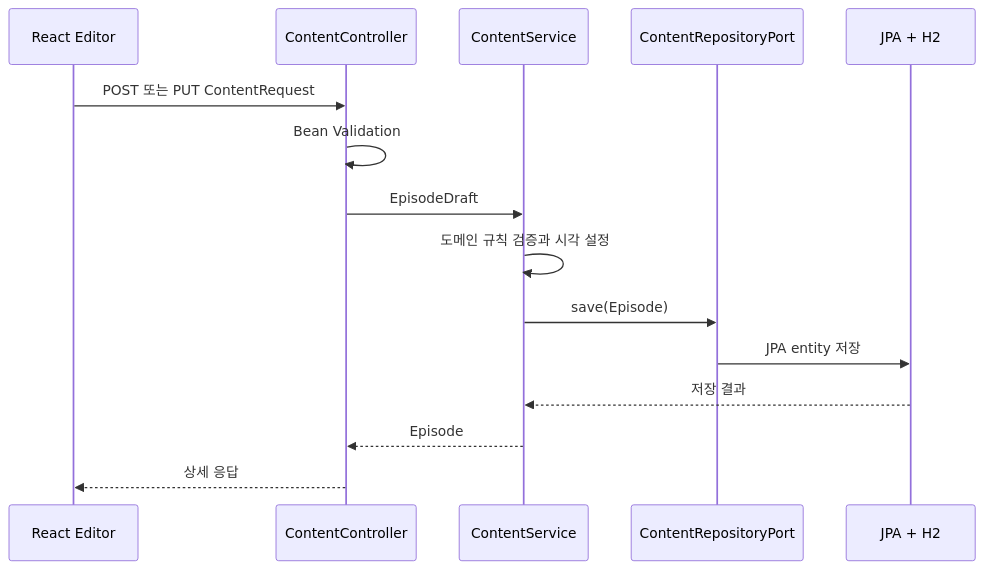
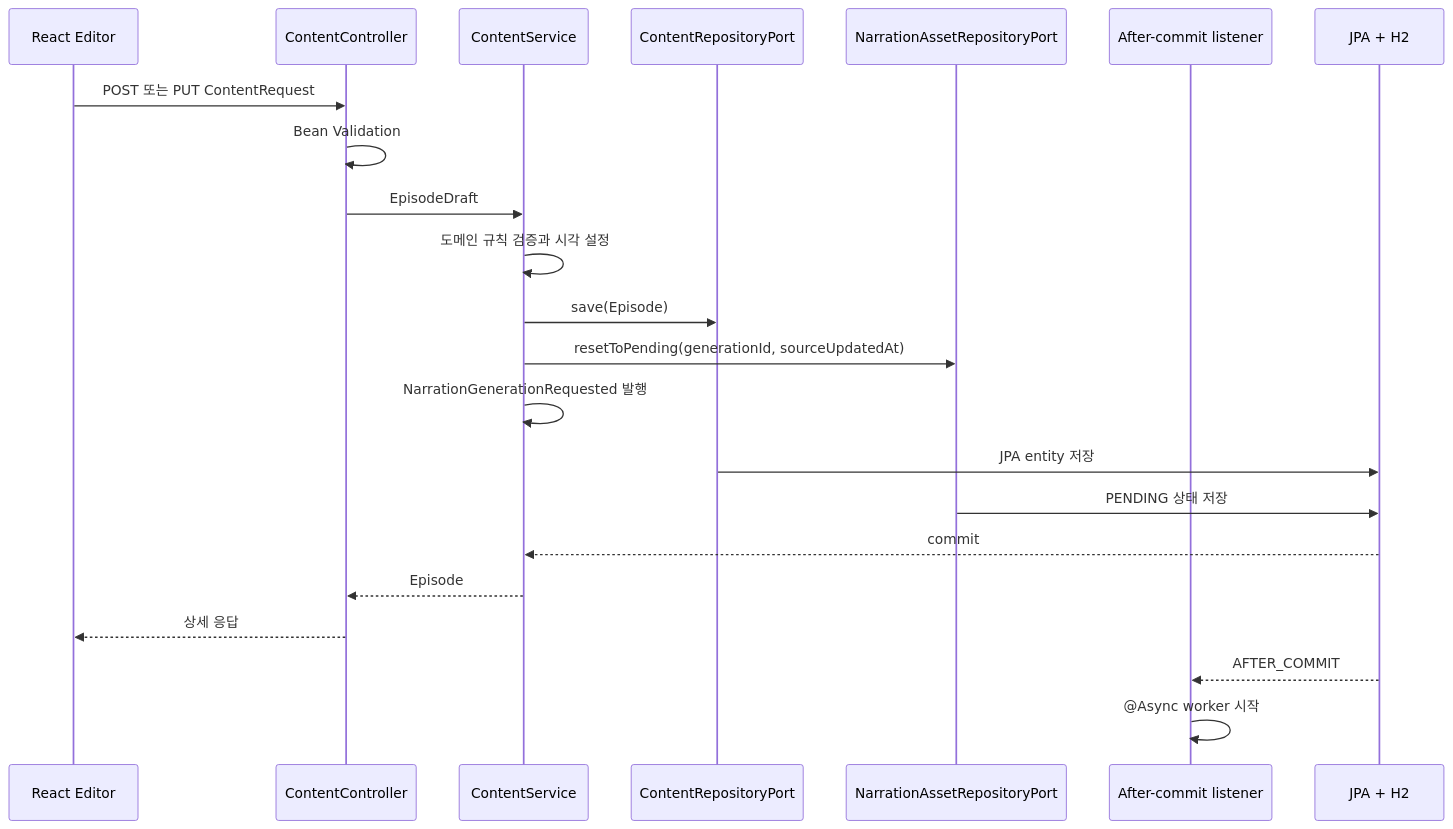
The second of 4 diagrams in ARCHITECTURE.md (dbrlwns/spring-react-sleeping-sound), drawn with Mermaid before and after one commit. The commit also changed other lines of this file and 93 other files, not shown here.

````diff
--- a/ARCHITECTURE.md
+++ b/ARCHITECTURE.md
@@ -148,18 +196,25 @@
 ```mermaid
 sequenceDiagram
     participant UI as React Editor
     participant API as ContentController
     participant APP as ContentService
     participant PORT as ContentRepositoryPort
+    participant NPORT as NarrationAssetRepositoryPort
+    participant EVENT as After-commit listener
     participant DB as JPA + H2
 
     UI->>API: POST 또는 PUT ContentRequest
     API->>API: Bean Validation
     API->>APP: EpisodeDraft
     APP->>APP: 도메인 규칙 검증과 시각 설정
     APP->>PORT: save(Episode)
+    APP->>NPORT: resetToPending(generationId, sourceUpdatedAt)
+    APP->>APP: NarrationGenerationRequested 발행
     PORT->>DB: JPA entity 저장
-    DB-->>APP: 저장 결과
+    NPORT->>DB: PENDING 상태 저장
+    DB-->>APP: commit
     APP-->>API: Episode
     API-->>UI: 상세 응답
+    DB-->>EVENT: AFTER_COMMIT
+    EVENT->>EVENT: @Async worker 시작
 ```
````
